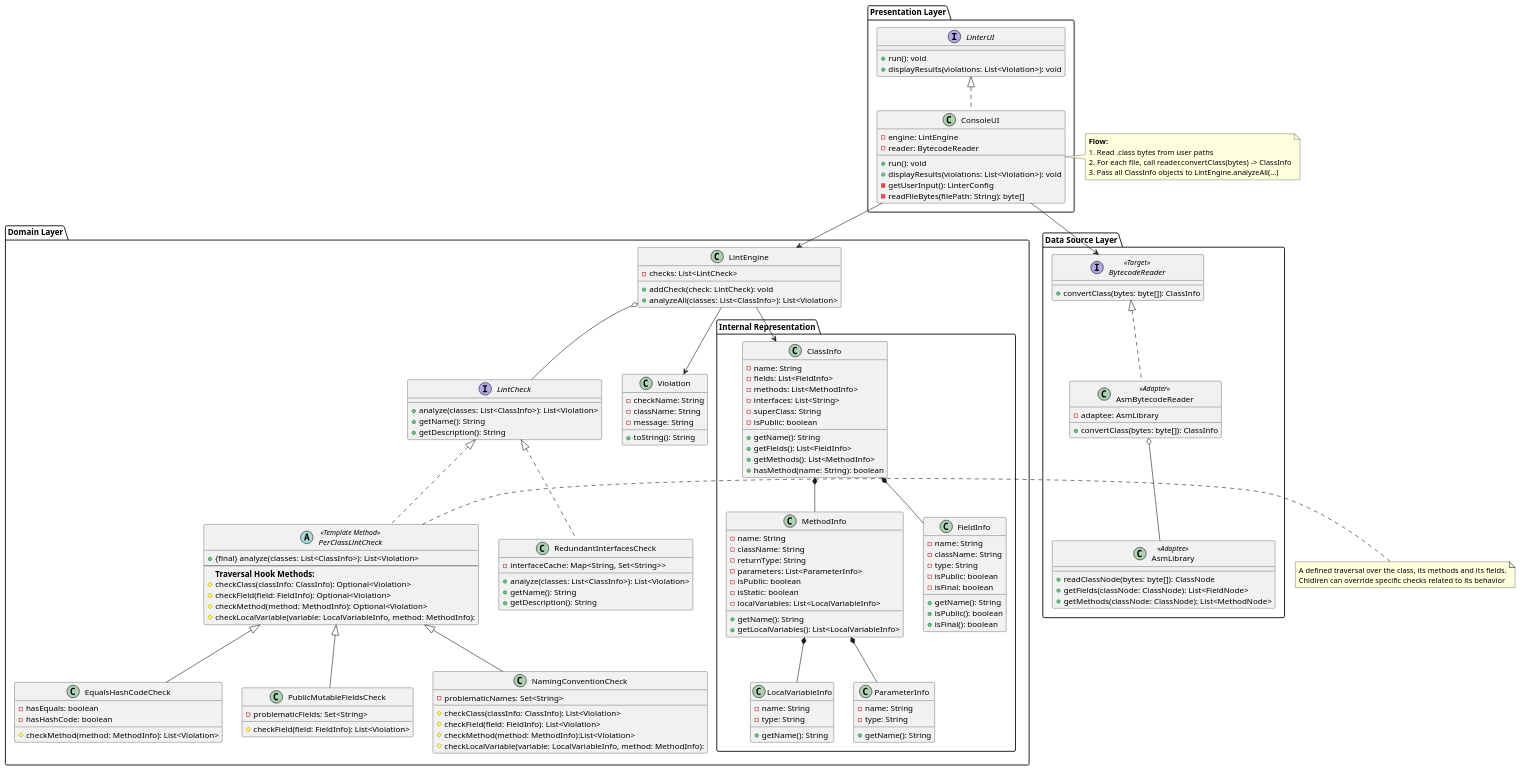
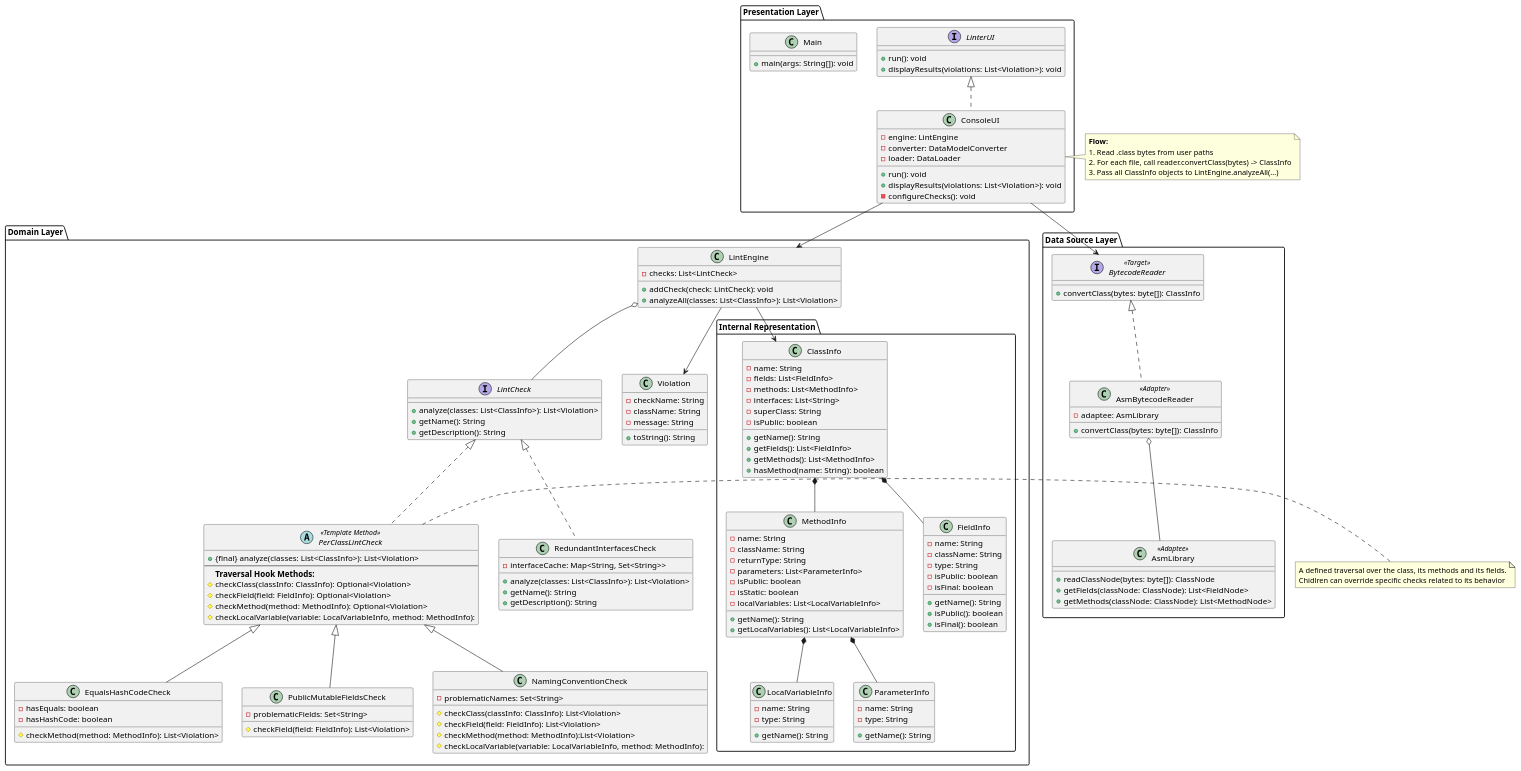
Before and after one commit to nu-cs-sw-design/project-20252601-java_linter_app: the diagram in docs/design/design.puml, drawn with PlantUML. The commit also changed 5 other files, not shown here.

Commit message:
moved code from linterUI to main

```diff
--- a/docs/design/design.puml
+++ b/docs/design/design.puml
@@ -1,190 +1,194 @@
 @startuml
 
 
 package "Presentation Layer"  {
     interface LinterUI {
         + run(): void
         + displayResults(violations: List<Violation>): void
     }
 
     class ConsoleUI {
         - engine: LintEngine
-        - reader: BytecodeReader
+        - converter: DataModelConverter
+        - loader: DataLoader
         + run(): void
         + displayResults(violations: List<Violation>): void
-        - getUserInput(): LinterConfig
-        - readFileBytes(filePath: String): byte[]
+        - configureChecks(): void
     }
+
+    class Main {
+        + main(args: String[]): void
+      }
 }
 
 
 package "Domain Layer"  {
 
     package "Internal Representation"  {
         class ClassInfo {
             - name: String
             - fields: List<FieldInfo>
             - methods: List<MethodInfo>
             - interfaces: List<String>
             - superClass: String
             - isPublic: boolean
             + getName(): String
             + getFields(): List<FieldInfo>
             + getMethods(): List<MethodInfo>
             + hasMethod(name: String): boolean
         }
 
         class MethodInfo {
             - name: String
             - className: String
             - returnType: String
             - parameters: List<ParameterInfo>
             - isPublic: boolean
             - isStatic: boolean
             - localVariables: List<LocalVariableInfo>
             + getName(): String
             + getLocalVariables(): List<LocalVariableInfo>
         }
 
         class FieldInfo {
             - name: String
             - className: String
             - type: String
             - isPublic: boolean
             - isFinal: boolean
             + getName(): String
             + isPublic(): boolean
             + isFinal(): boolean
         }
 
         class LocalVariableInfo {
             - name: String
             - type: String
             + getName(): String
         }
 
         class ParameterInfo {
             - name: String
             - type: String
             + getName(): String
         }
     }
 
     interface LintCheck  {
         + analyze(classes: List<ClassInfo>): List<Violation>
         + getName(): String
         + getDescription(): String
     }
 
 
     abstract class PerClassLintCheck <<Template Method>> {
         + {final} analyze(classes: List<ClassInfo>): List<Violation>
         --
         <b>Traversal Hook Methods:</b>
                 # checkClass(classInfo: ClassInfo): Optional<Violation>
                 # checkField(field: FieldInfo): Optional<Violation>
                 # checkMethod(method: MethodInfo): Optional<Violation>
                 # checkLocalVariable(variable: LocalVariableInfo, method: MethodInfo):
     }
 
     class EqualsHashCodeCheck {
         - hasEquals: boolean
         - hasHashCode: boolean
 
         # checkMethod(method: MethodInfo): List<Violation>
     }
 
     class PublicMutableFieldsCheck {
         - problematicFields: Set<String>
         # checkField(field: FieldInfo): List<Violation>
     }
 
     class NamingConventionCheck {
         - problematicNames: Set<String>
         # checkClass(classInfo: ClassInfo): List<Violation>
         # checkField(field: FieldInfo): List<Violation>
         # checkMethod(method: MethodInfo):List<Violation>
         # checkLocalVariable(variable: LocalVariableInfo, method: MethodInfo):
 
     }
 
     class RedundantInterfacesCheck {
         - interfaceCache: Map<String, Set<String>>
         + analyze(classes: List<ClassInfo>): List<Violation>
         + getName(): String
         + getDescription(): String
     }
 
     class Violation {
         - checkName: String
         - className: String
         - message: String
         + toString(): String
     }
 
     class LintEngine {
         - checks: List<LintCheck>
         + addCheck(check: LintCheck): void
         + analyzeAll(classes: List<ClassInfo>): List<Violation>
     }
 }
 
 
 package "Data Source Layer" {
 
     interface BytecodeReader <<Target>> {
         + convertClass(bytes: byte[]): ClassInfo
     }
 
     class AsmBytecodeReader <<Adapter>> {
         - adaptee: AsmLibrary
         + convertClass(bytes: byte[]): ClassInfo
     }
 
     class AsmLibrary <<Adaptee>> {
         + readClassNode(bytes: byte[]): ClassNode
         + getFields(classNode: ClassNode): List<FieldNode>
         + getMethods(classNode: ClassNode): List<MethodNode>
     }
 }
 
 
 LinterUI <|.. ConsoleUI
 ConsoleUI --> LintEngine
 ConsoleUI --> BytecodeReader
 
 
 ClassInfo *-- MethodInfo
 ClassInfo *-- FieldInfo
 MethodInfo *-- LocalVariableInfo
 MethodInfo *-- ParameterInfo
 
 LintCheck <|.. PerClassLintCheck
 PerClassLintCheck <|-- EqualsHashCodeCheck
 PerClassLintCheck <|-- PublicMutableFieldsCheck
 PerClassLintCheck <|-- NamingConventionCheck
 
 LintCheck <|.. RedundantInterfacesCheck
 
 LintEngine o-- LintCheck
 LintEngine --> Violation
 LintEngine --> ClassInfo
 
 BytecodeReader <|.. AsmBytecodeReader
 AsmBytecodeReader o-- AsmLibrary
 
 note right of PerClassLintCheck
 A defined traversal over the class, its methods and its fields.
 Chidlren can override specific checks related to its behavior
 end note
 
 
 
 note left of ConsoleUI
 <b>Flow:</b>
 1. Read .class bytes from user paths
 2. For each file, call reader.convertClass(bytes) -> ClassInfo
 3. Pass all ClassInfo objects to LintEngine.analyzeAll(...)
 end note
 
 @enduml
```
